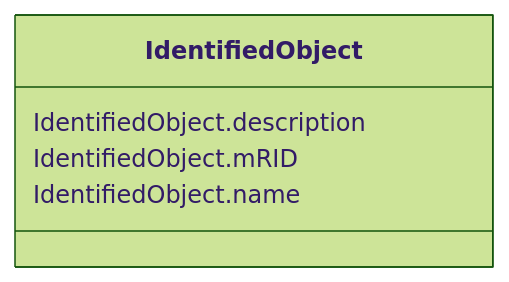
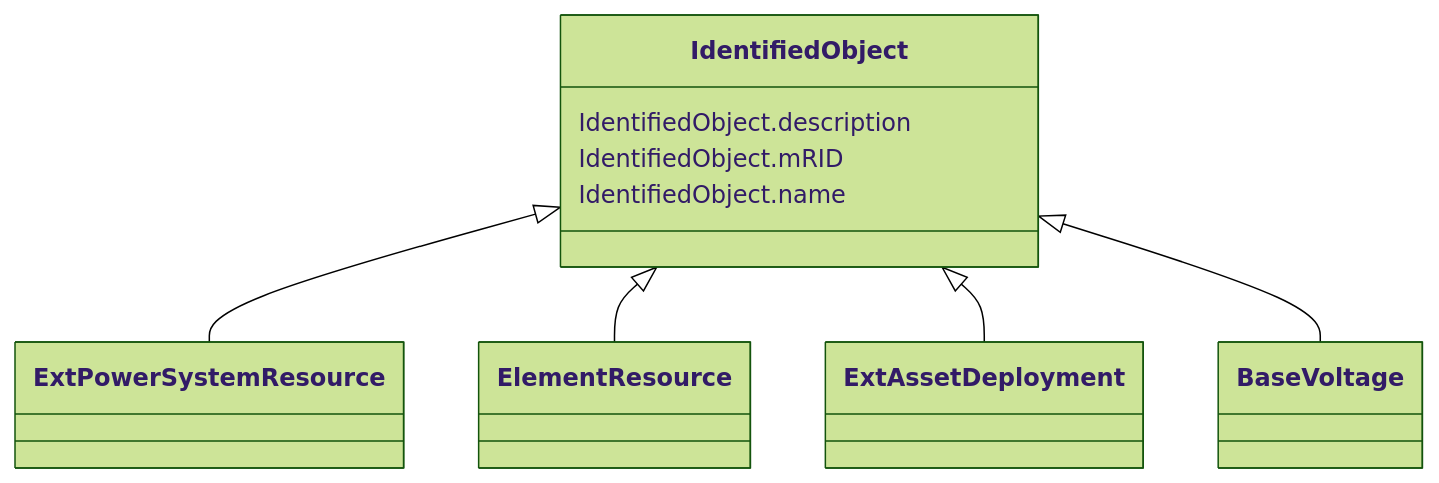
One commit to 3lbits/NoCIMExtensions changed the diagram in docs/AviationObstacle/IdentifiedObject.md. Above: the diagram before and after it, drawn with Mermaid (forest theme). The commit also changed other lines of this file and 402 other files, not shown here.

````diff
--- a/docs/AviationObstacle/IdentifiedObject.md
+++ b/docs/AviationObstacle/IdentifiedObject.md
@@ -18,12 +18,21 @@
 ```mermaid
  classDiagram
     class IdentifiedObject
     click IdentifiedObject href "../IdentifiedObject"
+      IdentifiedObject <|-- ExtPowerSystemResource
+        click ExtPowerSystemResource href "../ExtPowerSystemResource"
+      IdentifiedObject <|-- ElementResource
+        click ElementResource href "../ElementResource"
+      IdentifiedObject <|-- ExtAssetDeployment
+        click ExtAssetDeployment href "../ExtAssetDeployment"
+      IdentifiedObject <|-- BaseVoltage
+        click BaseVoltage href "../BaseVoltage"
+      
       IdentifiedObject : IdentifiedObject.description
         
       IdentifiedObject : IdentifiedObject.mRID
         
       IdentifiedObject : IdentifiedObject.name
         
       
 ```
````
